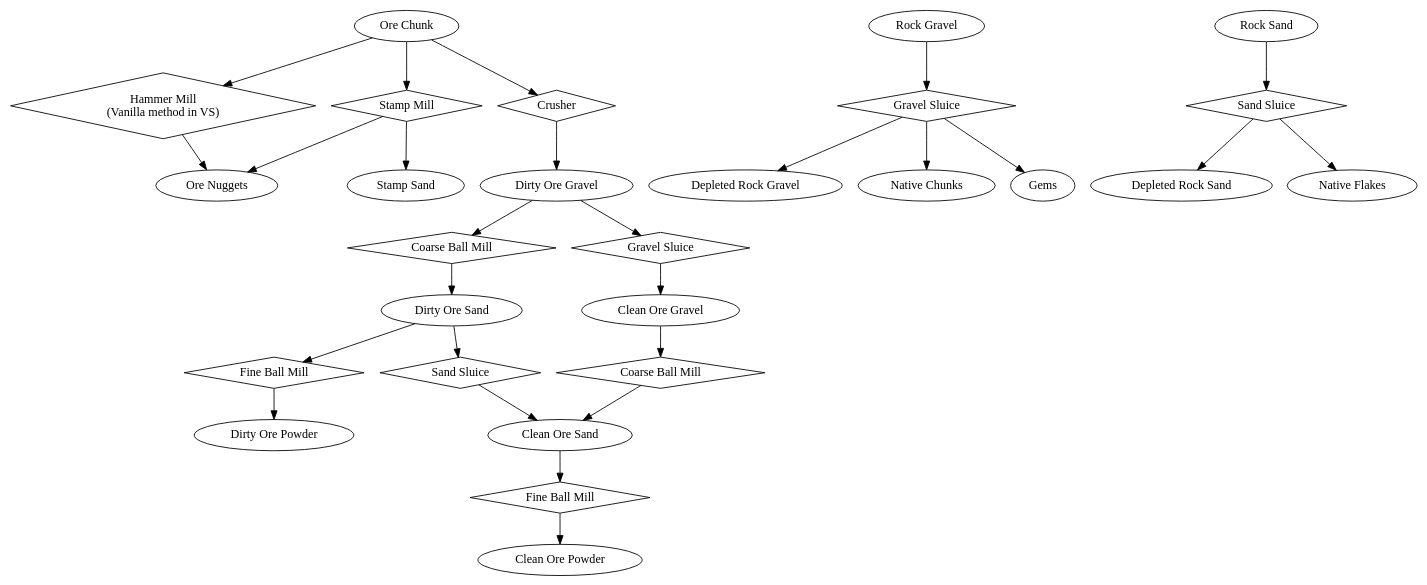
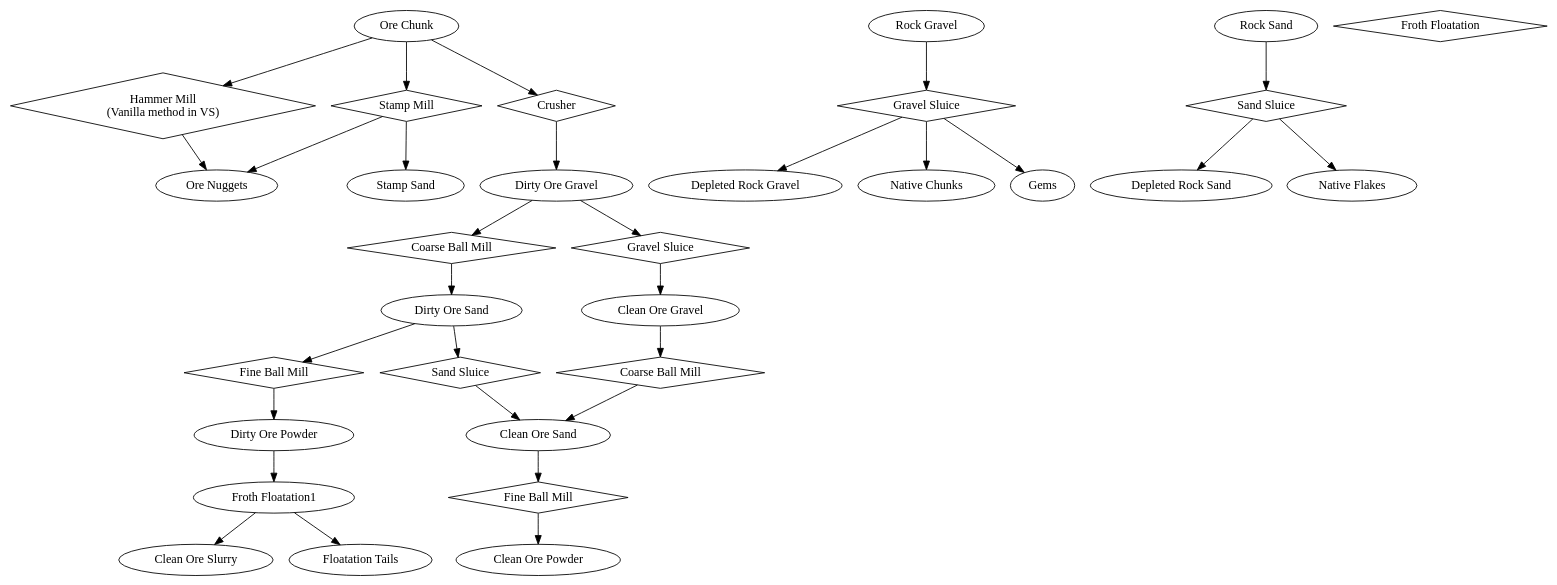
The diagram in design/OreDressing.dot (age-series/ElectricalAge2), drawn with Graphviz before and after one commit.

Commit message:
Froth floatation

```diff
--- a/design/OreDressing.dot
+++ b/design/OreDressing.dot
@@ -1,32 +1,35 @@
 digraph dressing {
 
 	// Machines and Methods
 	"Hammer Mill\n(Vanilla method in VS)1" [shape=diamond,label="Hammer Mill\n(Vanilla method in VS)"]
 	"Stamp Mill1" [shape=diamond,label="Stamp Mill"]
 	"Crusher1" [shape=diamond,label="Crusher"]
 	"Coarse Ball Mill1" [shape=diamond,label="Coarse Ball Mill"]
 	"Coarse Ball Mill2" [shape=diamond,label="Coarse Ball Mill"]
 	"Fine Ball Mill1" [shape=diamond,label="Fine Ball Mill"]
 	"Fine Ball Mill2" [shape=diamond,label="Fine Ball Mill"]
 	"Gravel Sluice1" [shape=diamond,label="Gravel Sluice"]
 	"Gravel Sluice2" [shape=diamond,label="Gravel Sluice"]
 	"Sand Sluice1" [shape=diamond,label="Sand Sluice"]
 	"Sand Sluice2" [shape=diamond,label="Sand Sluice"]
+	"Froth Floation1" [shape=diamond,label="Froth Floatation"]
 
 	// Processes
 	"Ore Chunk" -> "Hammer Mill\n(Vanilla method in VS)1" -> "Ore Nuggets"
 	"Ore Chunk" -> "Stamp Mill1" -> "Ore Nuggets"
 	"Stamp Mill1" -> "Stamp Sand"
 	"Ore Chunk" -> "Crusher1" -> "Dirty Ore Gravel"
 	"Ore Chunk" "Dirty Ore Gravel" -> "Coarse Ball Mill1" -> "Dirty Ore Sand"
 	"Dirty Ore Gravel" "Dirty Ore Sand" -> "Fine Ball Mill1" -> "Dirty Ore Powder"
 	"Dirty Ore Gravel" -> "Gravel Sluice1" -> "Clean Ore Gravel"
 	"Rock Gravel" -> "Gravel Sluice2" -> "Depleted Rock Gravel"
 	"Gravel Sluice2" -> "Native Chunks"
 	"Gravel Sluice2" -> "Gems"
 	"Dirty Ore Sand" -> "Sand Sluice1" -> "Clean Ore Sand"
 	"Rock Sand" -> "Sand Sluice2" -> "Depleted Rock Sand"
 	"Sand Sluice2" -> "Native Flakes"
 	"Clean Ore Gravel" -> "Coarse Ball Mill2" -> "Clean Ore Sand"
 	"Clean Ore Sand" -> "Fine Ball Mill2" -> "Clean Ore Powder"
+	"Dirty Ore Powder" -> "Froth Floatation1" -> "Clean Ore Slurry"
+	"Froth Floatation1" -> "Floatation Tails"
 }
```
